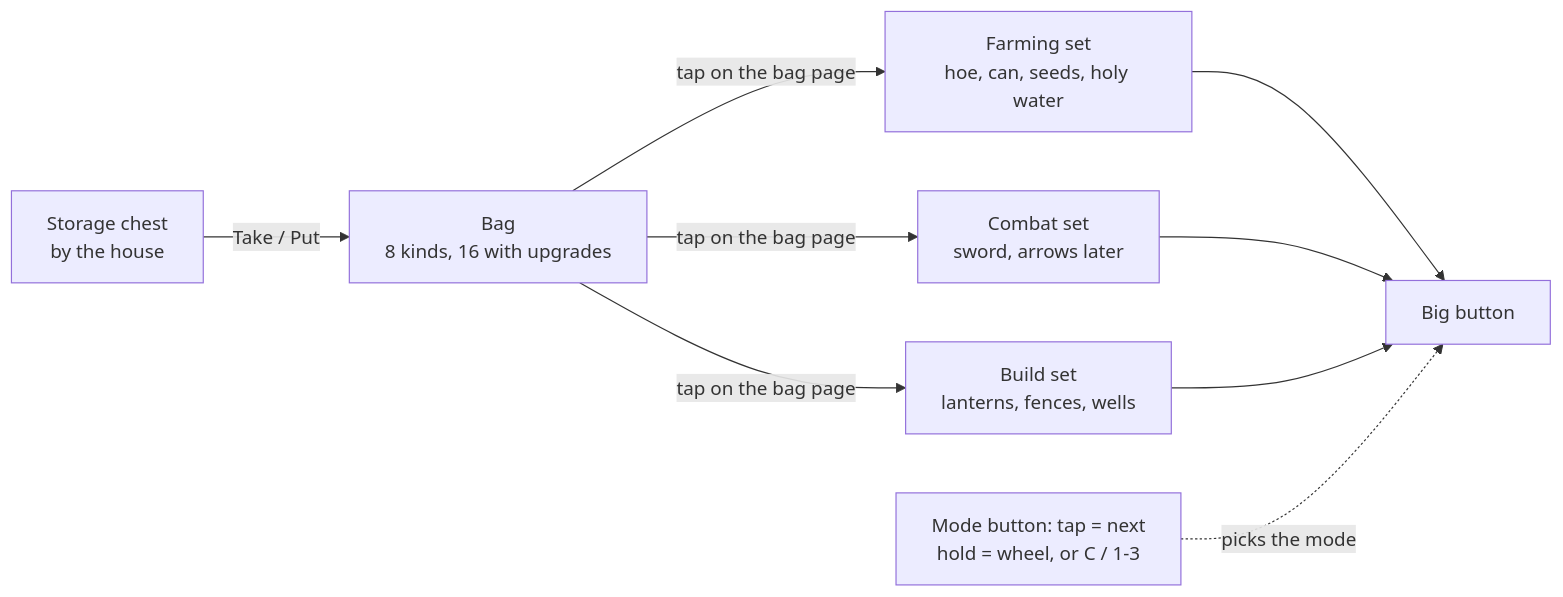
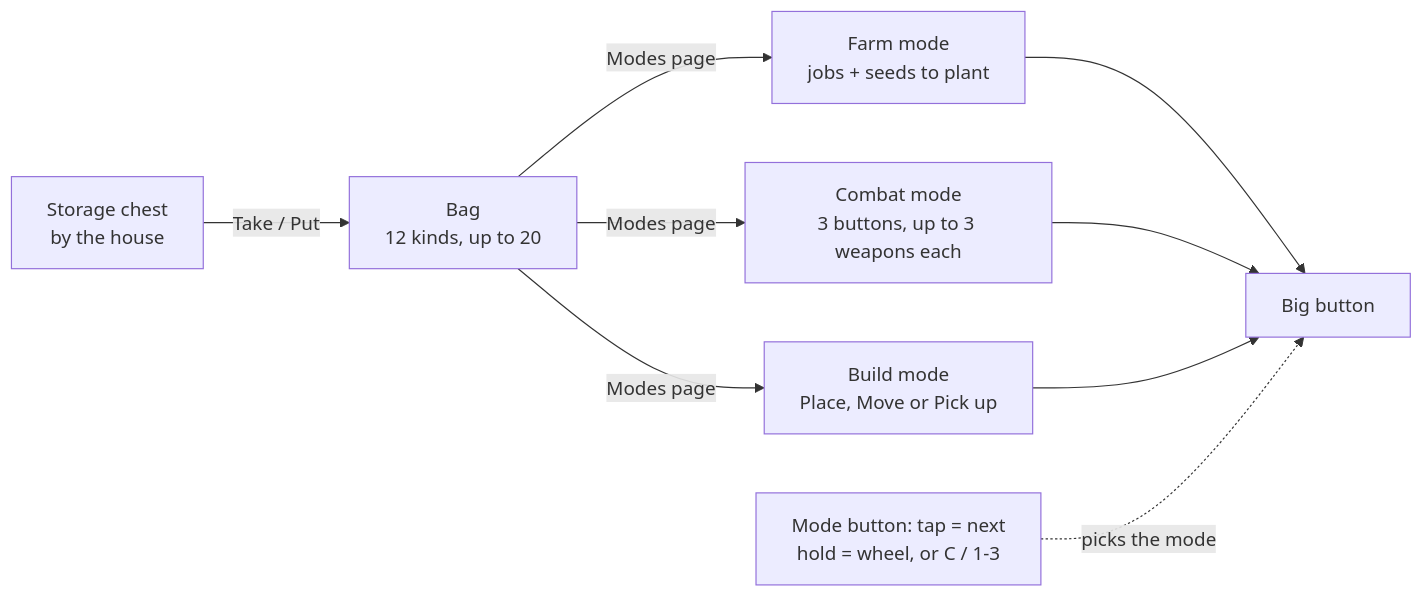
One commit to sudo0x/GameDevelopments changed the diagram in docs/28_2026-11-08_storage-controls.md. Above: the diagram before and after it, drawn with Mermaid. The commit also changed other lines of this file and 21 other files, not shown here.

````diff
--- a/docs/28_2026-11-08_storage-controls.md
+++ b/docs/28_2026-11-08_storage-controls.md
@@ -9,11 +7,11 @@
 ```mermaid
 flowchart LR
-    Chest[Storage chest<br>by the house] -- Take / Put --> Bag[Bag<br>8 kinds, 16 with upgrades]
-    Bag -- tap on the bag page --> Farm[Farming set<br>hoe, can, seeds, holy water]
-    Bag -- tap on the bag page --> Combat[Combat set<br>sword, arrows later]
-    Bag -- tap on the bag page --> Build[Build set<br>lanterns, fences, wells]
+    Chest[Storage chest<br>by the house] -- Take / Put --> Bag[Bag<br>12 kinds, up to 20]
+    Bag -- Modes page --> Farm[Farm mode<br>jobs + seeds to plant]
+    Bag -- Modes page --> Combat[Combat mode<br>3 buttons, up to 3 weapons each]
+    Bag -- Modes page --> Build[Build mode<br>Place, Move or Pick up]
     Farm --> Big[Big button]
     Combat --> Big
     Build --> Big
     Mode[Mode button: tap = next<br>hold = wheel, or C / 1-3] -. picks the mode .-> Big
 ```
````
